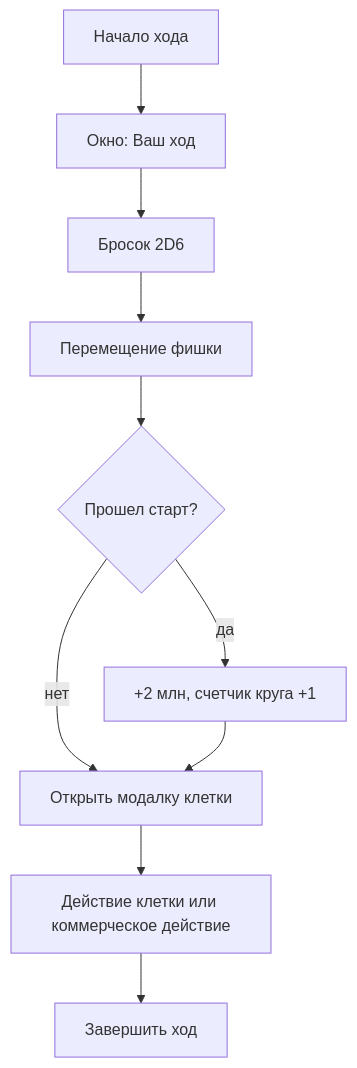
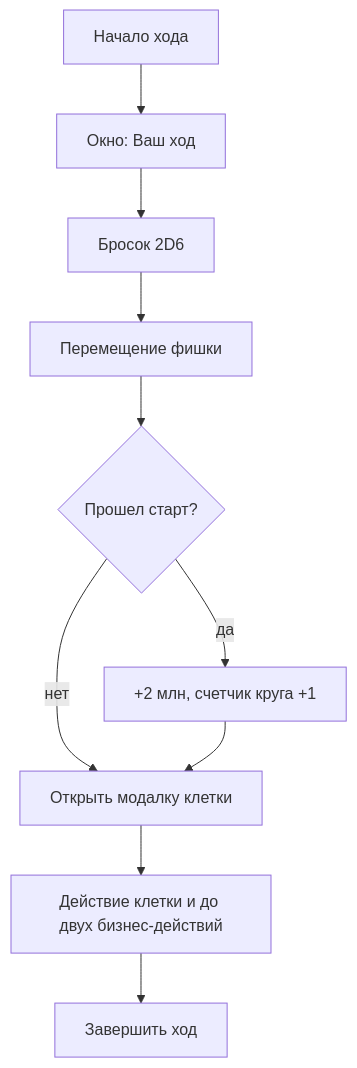
Before and after one commit to BochkaPiva/monopoly: the diagram in docs/action-flows.md, drawn with Mermaid. The commit also changed other lines of this file and 8 other files, not shown here.

````diff
--- a/docs/action-flows.md
+++ b/docs/action-flows.md
@@ -5,12 +5,12 @@
 ```mermaid
 flowchart TD
   A["Начало хода"] --> B["Окно: Ваш ход"]
   B --> C["Бросок 2D6"]
   C --> D["Перемещение фишки"]
   D --> E{"Прошел старт?"}
   E -- "да" --> F["+2 млн, счетчик круга +1"]
   E -- "нет" --> G["Открыть модалку клетки"]
   F --> G
-  G --> H["Действие клетки или коммерческое действие"]
+  G --> H["Действие клетки и до двух бизнес-действий"]
   H --> I["Завершить ход"]
 ```
````
